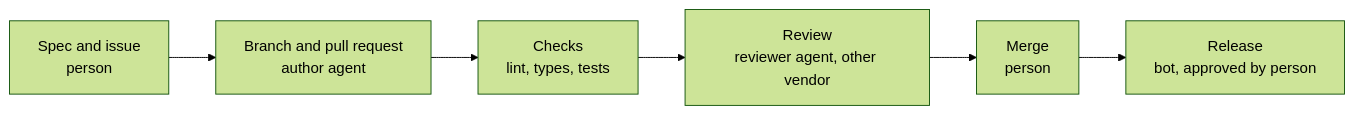
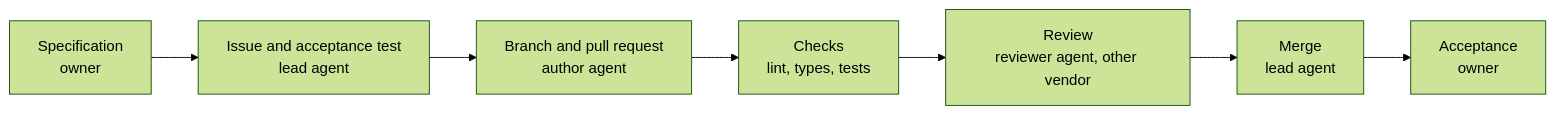
The diagram in README.md (hawkxdev/reply-assistant), drawn with Mermaid (forest theme) before and after one commit. The commit also changed other lines of this file and 8 other files, not shown here.

First line of the commit message:
docs: describe the lead agent and the automatic review (#12)

````diff
--- a/README.md
+++ b/README.md
@@ -13,8 +13,9 @@
 ```mermaid
 flowchart LR
-    S[Spec and issue<br/>person] --> A[Branch and pull request<br/>author agent]
+    S[Specification<br/>owner] --> I[Issue and acceptance test<br/>lead agent]
+    I --> A[Branch and pull request<br/>author agent]
     A --> C[Checks<br/>lint, types, tests]
     C --> R[Review<br/>reviewer agent, other vendor]
-    R --> M[Merge<br/>person]
-    M --> L[Release<br/>bot, approved by person]
+    R --> M[Merge<br/>lead agent]
+    M --> P[Acceptance<br/>owner]
 ```
````
